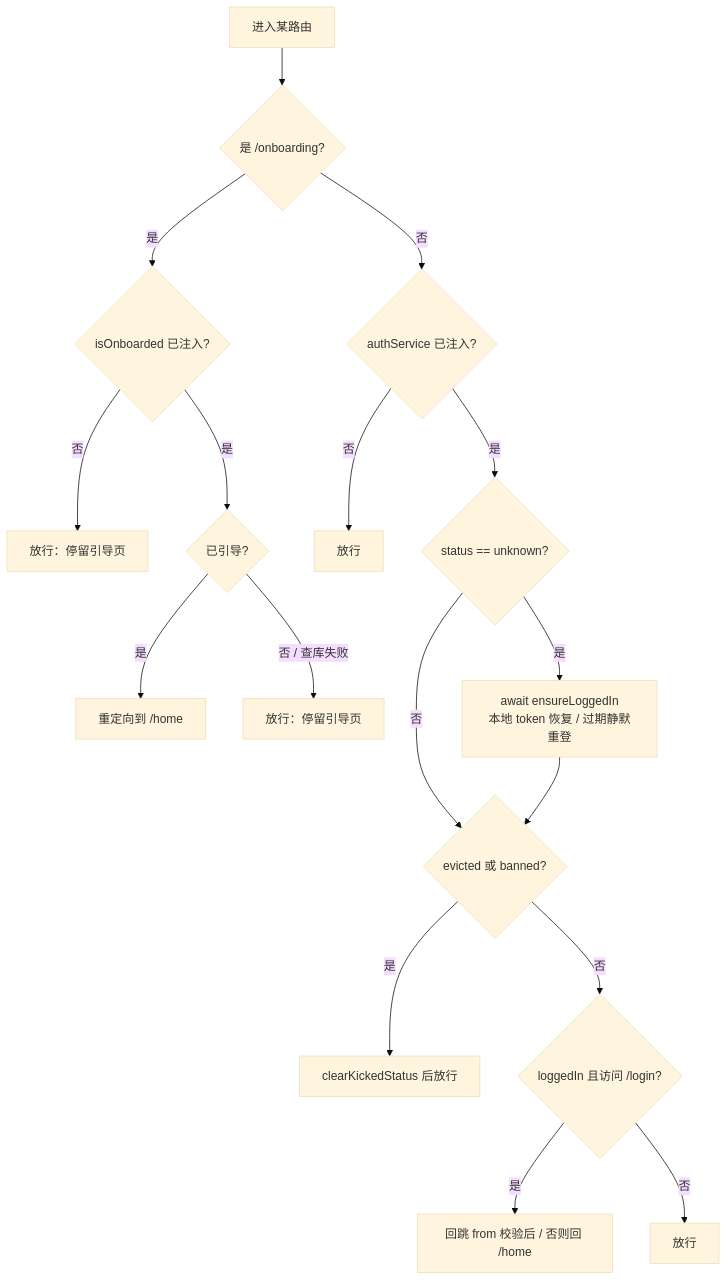
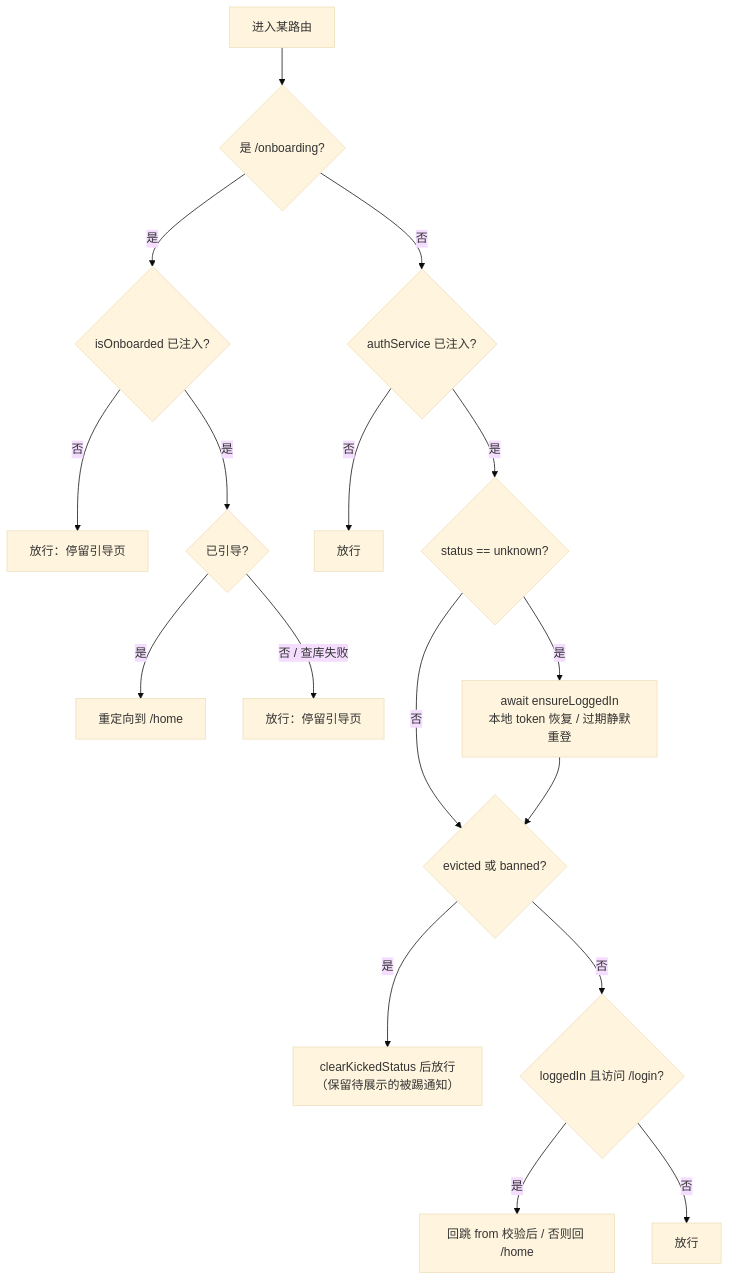
Before and after one commit to kindywu/contexta: the second of 3 diagrams in impl/app/flutter/docs/app-startup-routing.md, drawn with Mermaid (base theme). The commit also changed other lines of this file and 34 other files, not shown here.

````diff
--- a/impl/app/flutter/docs/app-startup-routing.md
+++ b/impl/app/flutter/docs/app-startup-routing.md
@@ -71,19 +71,19 @@
 ```mermaid
 flowchart TD
     S[进入某路由] --> Q1{是 /onboarding?}
     Q1 -->|是| Q2{isOnboarded 已注入?}
     Q2 -->|否| PASS1[放行：停留引导页]
     Q2 -->|是| Q3{已引导?}
     Q3 -->|是| HOME[重定向到 /home]
     Q3 -->|否 / 查库失败| PASS2[放行：停留引导页]
     Q1 -->|否| Q4{authService 已注入?}
     Q4 -->|否| PASS3[放行]
     Q4 -->|是| Q5{status == unknown?}
     Q5 -->|是| EL[await ensureLoggedIn<br/>本地 token 恢复 / 过期静默重登]
     Q5 -->|否| Q6
     EL --> Q6{evicted 或 banned?}
-    Q6 -->|是| CK[clearKickedStatus 后放行]
+    Q6 -->|是| CK["clearKickedStatus 后放行<br/>（保留待展示的被踢通知）"]
     Q6 -->|否| Q7{loggedIn 且访问 /login?}
     Q7 -->|是| BACK[回跳 from 校验后 / 否则回 /home]
     Q7 -->|否| PASS4[放行]
 ```
````
